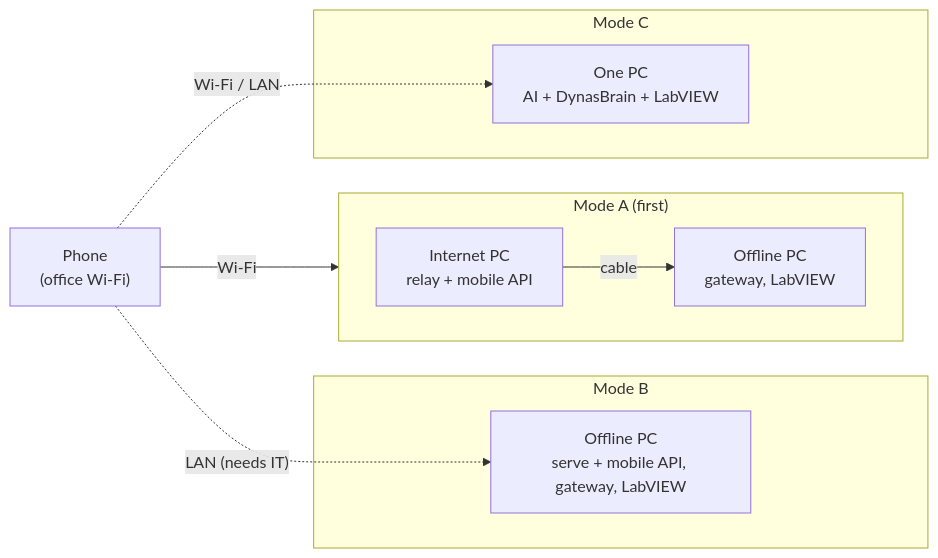
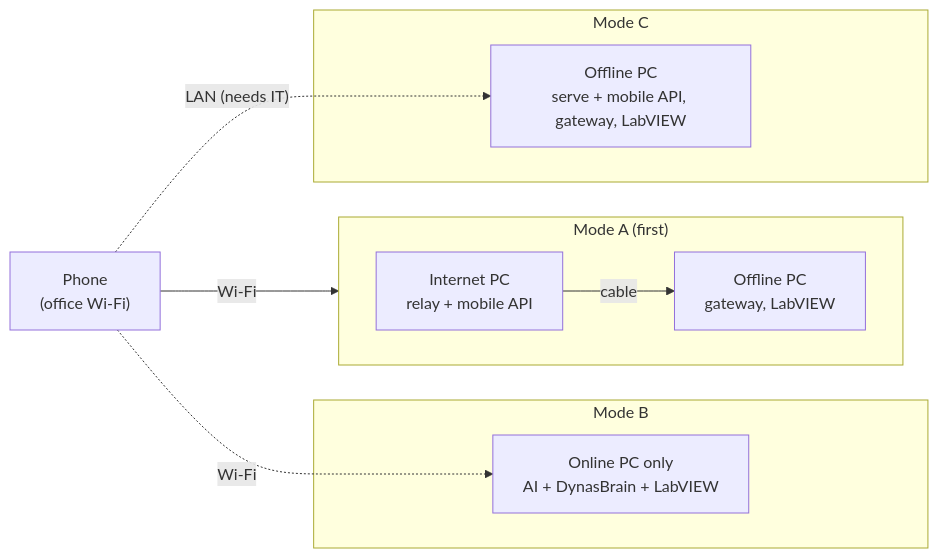
The first of 2 diagrams in docs/11-mobile-remote.md (Robokks/labview-ai-training-), drawn with Mermaid before and after one commit. The commit also changed other lines of this file and 2 other files, not shown here.

First line of the commit message:
Mobile remote: reorder modes to online+offline, online only, offline only

````diff
--- a/docs/11-mobile-remote.md
+++ b/docs/11-mobile-remote.md
@@ -35,17 +35,17 @@
 ```mermaid
 flowchart LR
     PH["Phone<br/>(office Wi-Fi)"]
     subgraph A["Mode A (first)"]
         direction LR
         IP["Internet PC<br/>relay + mobile API"] -- cable --> OP["Offline PC<br/>gateway, LabVIEW"]
     end
     subgraph B["Mode B"]
+        SP["Online PC only<br/>AI + DynasBrain + LabVIEW"]
+    end
+    subgraph C["Mode C"]
         OP2["Offline PC<br/>serve + mobile API, gateway, LabVIEW"]
     end
-    subgraph C["Mode C"]
-        SP["One PC<br/>AI + DynasBrain + LabVIEW"]
-    end
     PH -- "Wi-Fi" --> IP
+    PH -. "Wi-Fi" .-> SP
     PH -. "LAN (needs IT)" .-> OP2
-    PH -. "Wi-Fi / LAN" .-> SP
 ```
````
